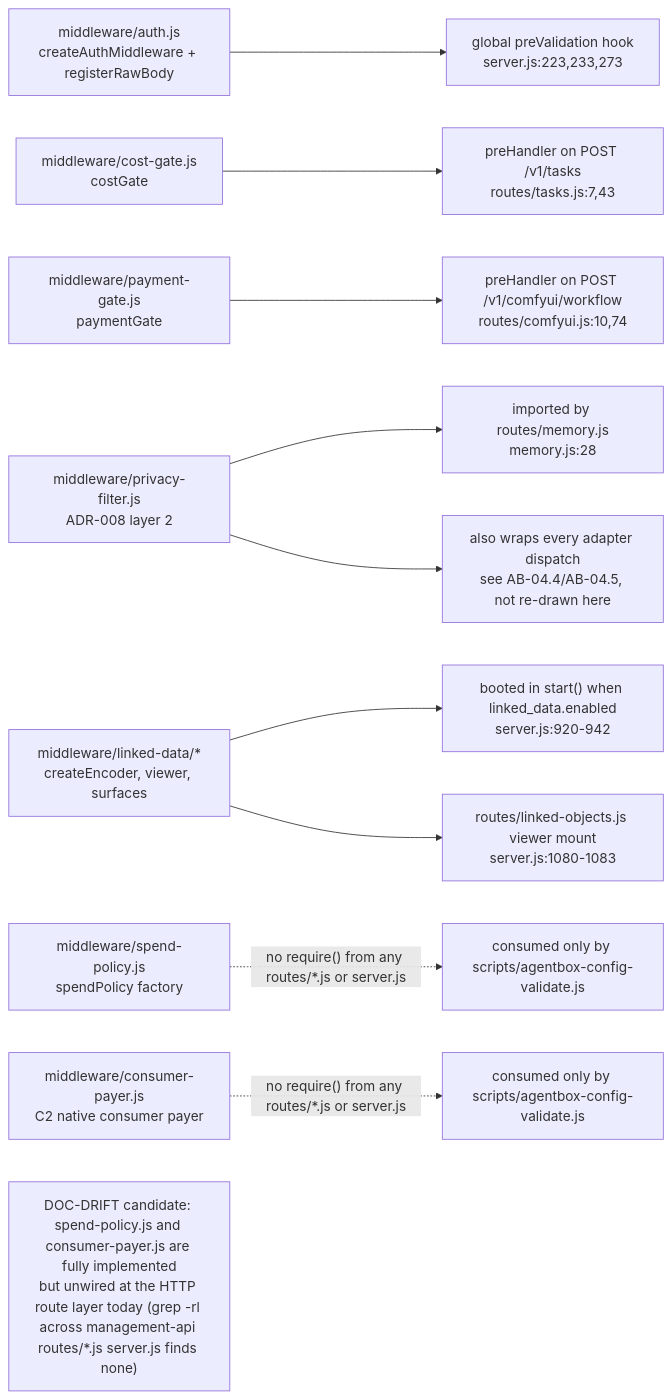
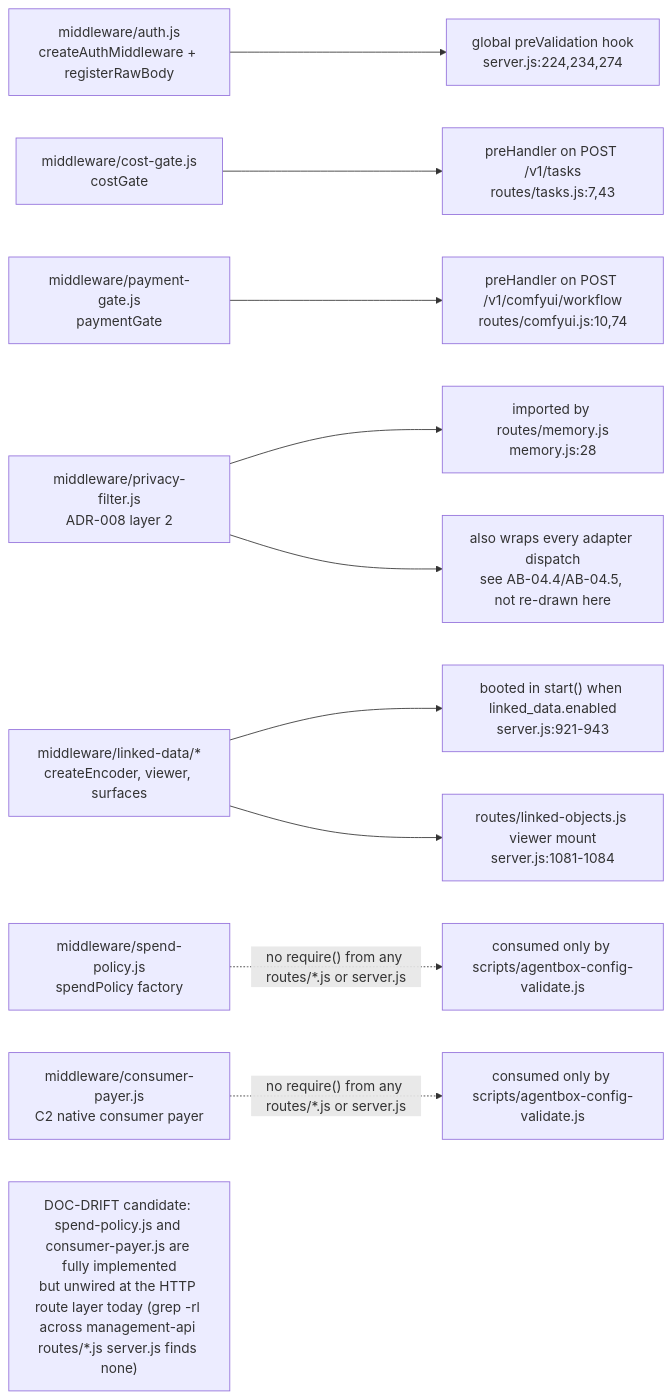
One commit to DreamLab-AI/VisionFlow changed diagram 16 of 17 in docs/diagrams/agentbox/03-management-api-request-lifecycle.md. Above: the diagram before and after it, drawn with Mermaid. The commit also changed other lines of this file and 17 other files, not shown here.

````diff
--- a/docs/diagrams/agentbox/03-management-api-request-lifecycle.md
+++ b/docs/diagrams/agentbox/03-management-api-request-lifecycle.md
@@ -613,13 +614,13 @@
 ```mermaid
 flowchart LR
-    A["middleware/auth.js<br/>createAuthMiddleware + registerRawBody"] --> A1["global preValidation hook<br/>server.js:223,233,273"]
+    A["middleware/auth.js<br/>createAuthMiddleware + registerRawBody"] --> A1["global preValidation hook<br/>server.js:224,234,274"]
     B["middleware/cost-gate.js<br/>costGate"] --> B1["preHandler on POST /v1/tasks<br/>routes/tasks.js:7,43"]
     C["middleware/payment-gate.js<br/>paymentGate"] --> C1["preHandler on POST /v1/comfyui/workflow<br/>routes/comfyui.js:10,74"]
     D["middleware/privacy-filter.js<br/>ADR-008 layer 2"] --> D1["imported by routes/memory.js<br/>memory.js:28"]
     D --> D2["also wraps every adapter dispatch<br/>see AB-04.4/AB-04.5, not re-drawn here"]
-    E["middleware/linked-data/*<br/>createEncoder, viewer, surfaces"] --> E1["booted in start() when linked_data.enabled<br/>server.js:920-942"]
-    E --> E2["routes/linked-objects.js viewer mount<br/>server.js:1080-1083"]
+    E["middleware/linked-data/*<br/>createEncoder, viewer, surfaces"] --> E1["booted in start() when linked_data.enabled<br/>server.js:921-943"]
+    E --> E2["routes/linked-objects.js viewer mount<br/>server.js:1081-1084"]
     F["middleware/spend-policy.js<br/>spendPolicy factory"] -.->|"no require() from any routes/*.js or server.js"| F1["consumed only by scripts/agentbox-config-validate.js"]
     G["middleware/consumer-payer.js<br/>C2 native consumer payer"] -.->|"no require() from any routes/*.js or server.js"| G1["consumed only by scripts/agentbox-config-validate.js"]
     Note1["DOC-DRIFT candidate: spend-policy.js and consumer-payer.js are fully implemented<br/>but unwired at the HTTP route layer today (grep -rl across management-api routes/*.js server.js finds none)"]
 ```
````
